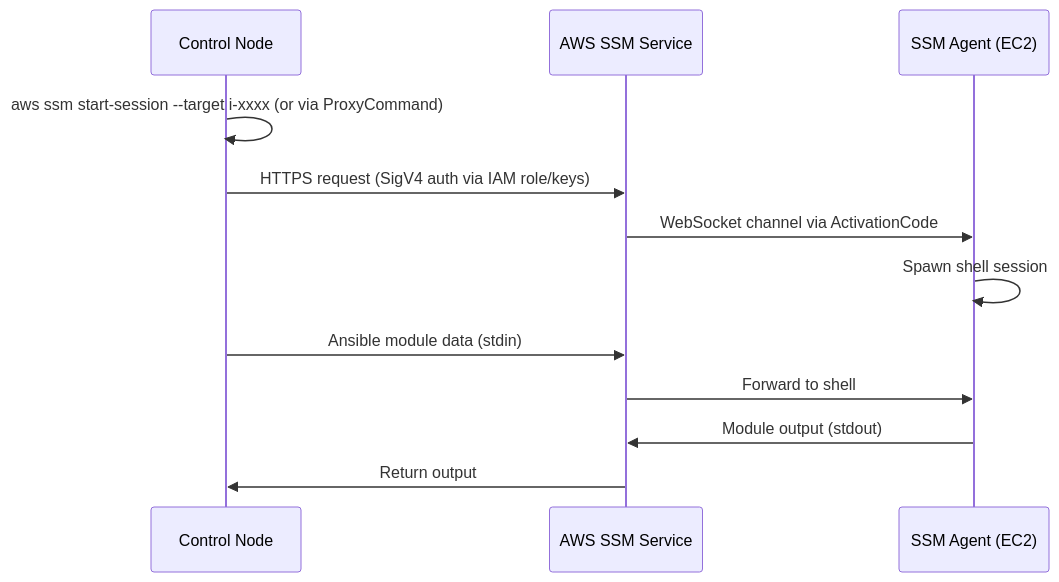
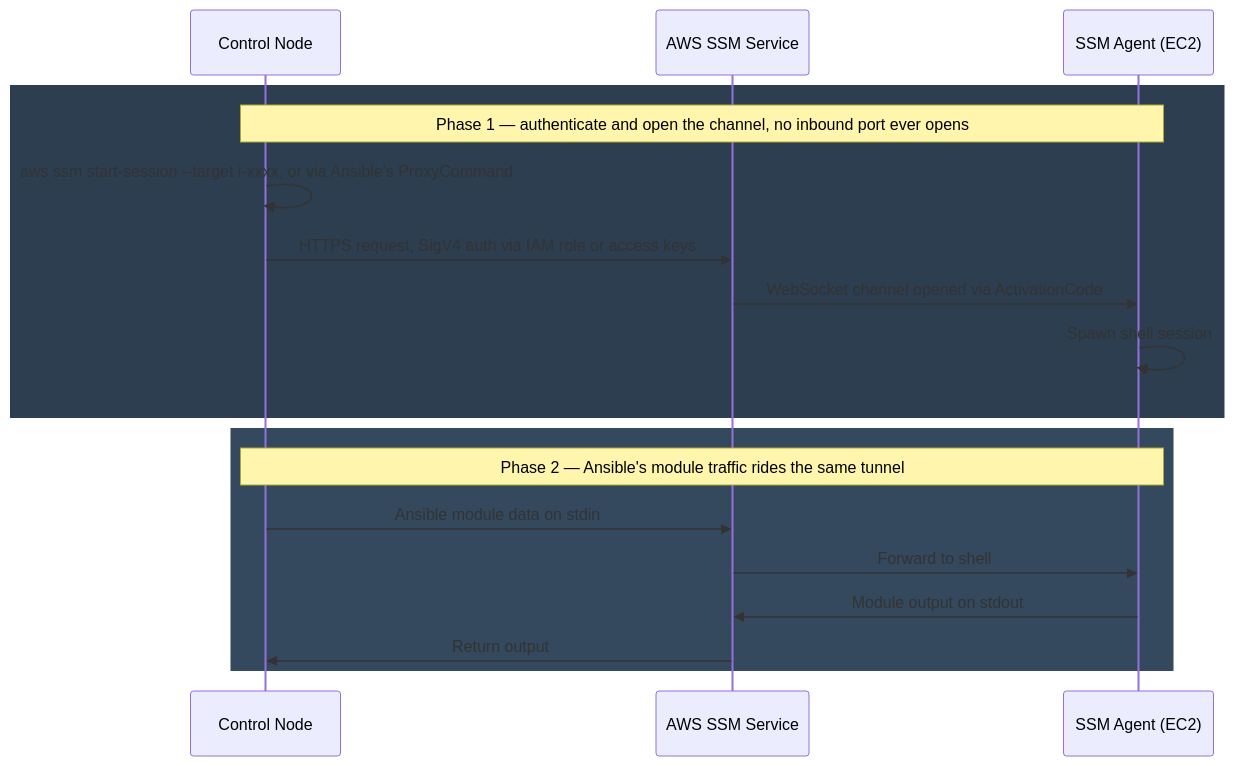
The second of 5 diagrams in iac/ansible/cloud-integration.md (deepanshu-rawat6/DevOpsIndex), drawn with Mermaid before and after one commit. The commit also changed other lines of this file and 17 other files, not shown here.

````diff
--- a/iac/ansible/cloud-integration.md
+++ b/iac/ansible/cloud-integration.md
@@ -90,15 +120,22 @@
 ```mermaid
 sequenceDiagram
     participant C as Control Node
     participant SSM as AWS SSM Service
     participant A as SSM Agent (EC2)
 
-    C->>C: aws ssm start-session --target i-xxxx (or via ProxyCommand)
-    C->>SSM: HTTPS request (SigV4 auth via IAM role/keys)
-    SSM->>A: WebSocket channel via ActivationCode
+    rect rgb(44, 62, 80)
+    Note over C,A: Phase 1 — authenticate and open the channel, no inbound port ever opens
+    C->>C: aws ssm start-session --target i-xxxx, or via Ansible's ProxyCommand
+    C->>SSM: HTTPS request, SigV4 auth via IAM role or access keys
+    SSM->>A: WebSocket channel opened via ActivationCode
     A->>A: Spawn shell session
-    C->>SSM: Ansible module data (stdin)
+    end
+
+    rect rgb(52, 73, 94)
+    Note over C,A: Phase 2 — Ansible's module traffic rides the same tunnel
+    C->>SSM: Ansible module data on stdin
     SSM->>A: Forward to shell
-    A->>SSM: Module output (stdout)
+    A->>SSM: Module output on stdout
     SSM->>C: Return output
+    end
 ```
````
